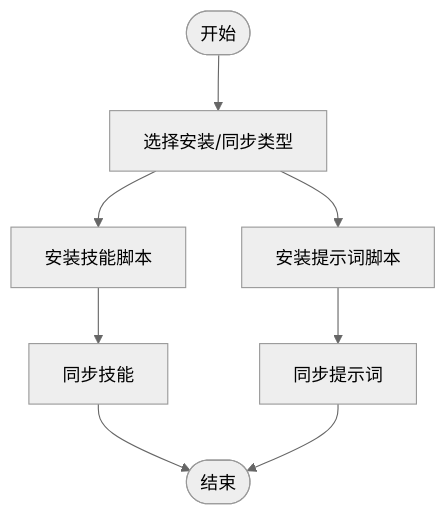
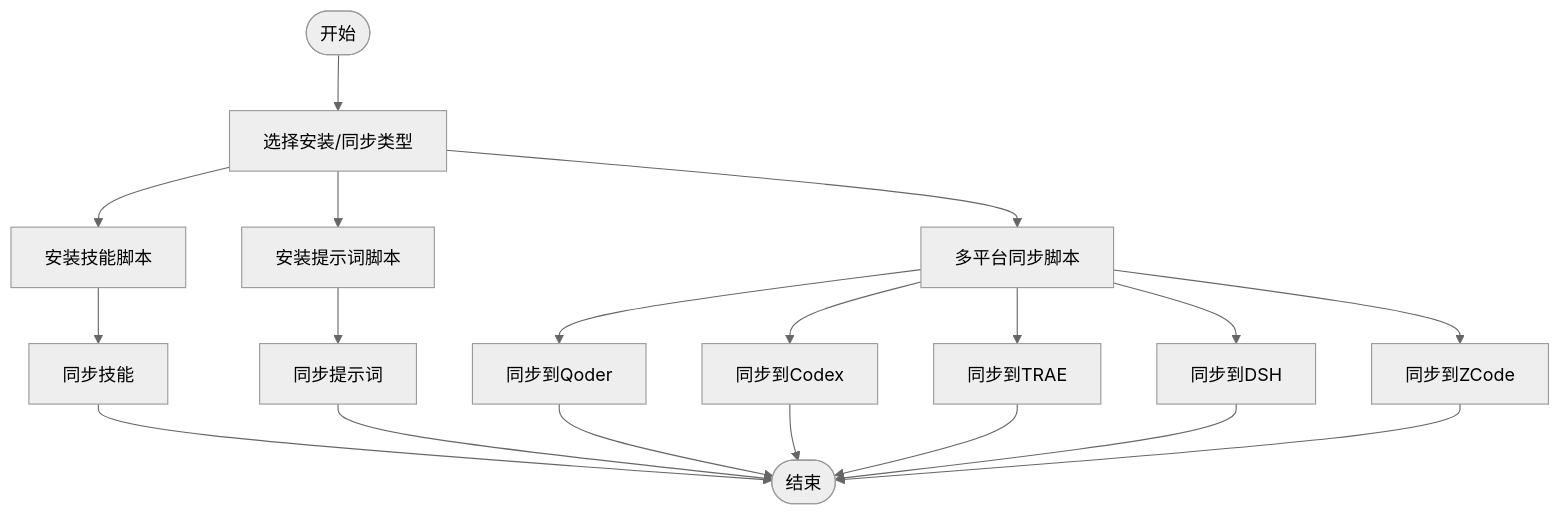
One commit to Ted-Engineer/ai-berkshire changed diagram 12 of 13 in .qoder/repowiki/zh/content/开发者指南/开发者指南.md. Above: the diagram before and after it, drawn with Mermaid (neutral theme). The commit also changed other lines of this file and 76 other files, not shown here.

Commit message:
chore(tools): Qoder插件迁移至custom目录(旧ai-berkshire-investment移除) + mnemon记忆hooks集成(.trae/.workbuddy/.zcode) + zcode hooks配置更新

````diff
--- a/.qoder/repowiki/zh/content/开发者指南/开发者指南.md
+++ b/.qoder/repowiki/zh/content/开发者指南/开发者指南.md
@@ -492,10 +593,21 @@
 ```mermaid
 flowchart TD
 Start(["开始"]) --> Choose["选择安装/同步类型"]
 Choose --> InstallSkills["安装技能脚本"]
 Choose --> InstallPrompts["安装提示词脚本"]
+Choose --> MultiPlatform["多平台同步脚本"]
 InstallSkills --> SyncSkills["同步技能"]
 InstallPrompts --> SyncPrompts["同步提示词"]
+MultiPlatform --> SyncQoder["同步到Qoder"]
+MultiPlatform --> SyncCodex["同步到Codex"]
+MultiPlatform --> SyncTrae["同步到TRAE"]
+MultiPlatform --> SyncDSH["同步到DSH"]
+MultiPlatform --> SyncZCode["同步到ZCode"]
 SyncSkills --> End(["结束"])
 SyncPrompts --> End
+SyncQoder --> End
+SyncCodex --> End
+SyncTrae --> End
+SyncDSH --> End
+SyncZCode --> End
 ```
````
